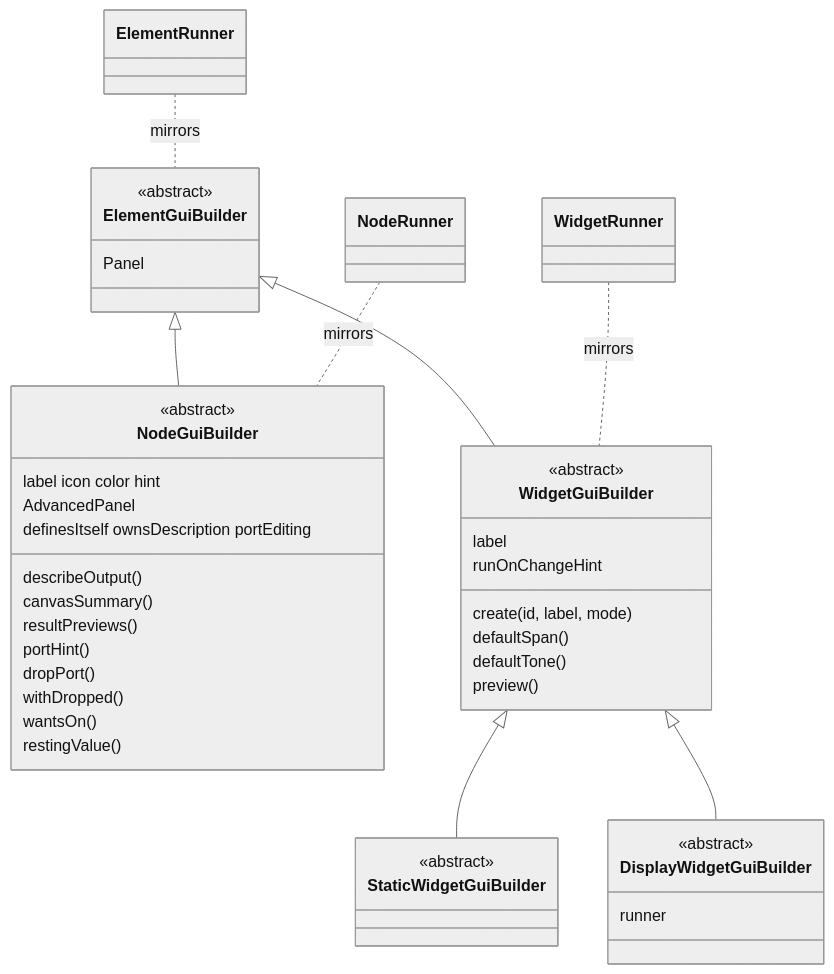
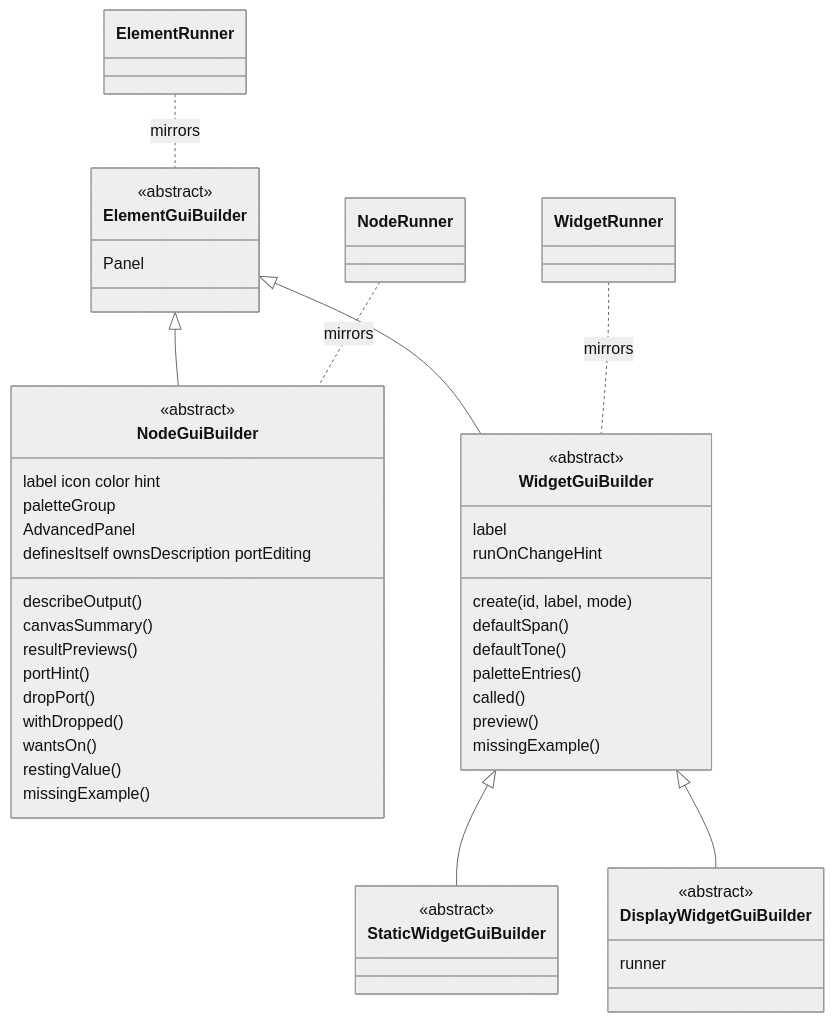
The fifth of 9 diagrams in arch/overview.md (Archimedes79/AI_Graph), drawn with Mermaid (neutral theme) before and after one commit. The commit also changed other lines of this file and 16 other files, not shown here.

````diff
--- a/arch/overview.md
+++ b/arch/overview.md
@@ -273,44 +315,49 @@
 ```mermaid
 classDiagram
   class ElementGuiBuilder {
     <<abstract>>
     Panel
   }
   class NodeGuiBuilder {
     <<abstract>>
     label icon color hint
+    paletteGroup
     AdvancedPanel
     describeOutput()
     canvasSummary()
     resultPreviews()
     definesItself ownsDescription portEditing
     portHint()
     dropPort()
     withDropped()
     wantsOn()
     restingValue()
+    missingExample()
   }
   class WidgetGuiBuilder {
     <<abstract>>
     label
     create(id, label, mode)
     defaultSpan()
     defaultTone()
     runOnChangeHint
+    paletteEntries()
+    called()
     preview()
+    missingExample()
   }
   class StaticWidgetGuiBuilder {
     <<abstract>>
   }
   class DisplayWidgetGuiBuilder {
     <<abstract>>
     runner
   }
   ElementGuiBuilder <|-- NodeGuiBuilder
   ElementGuiBuilder <|-- WidgetGuiBuilder
   WidgetGuiBuilder <|-- StaticWidgetGuiBuilder
   WidgetGuiBuilder <|-- DisplayWidgetGuiBuilder
   ElementRunner .. ElementGuiBuilder : mirrors
   NodeRunner .. NodeGuiBuilder : mirrors
   WidgetRunner .. WidgetGuiBuilder : mirrors
 ```
````
